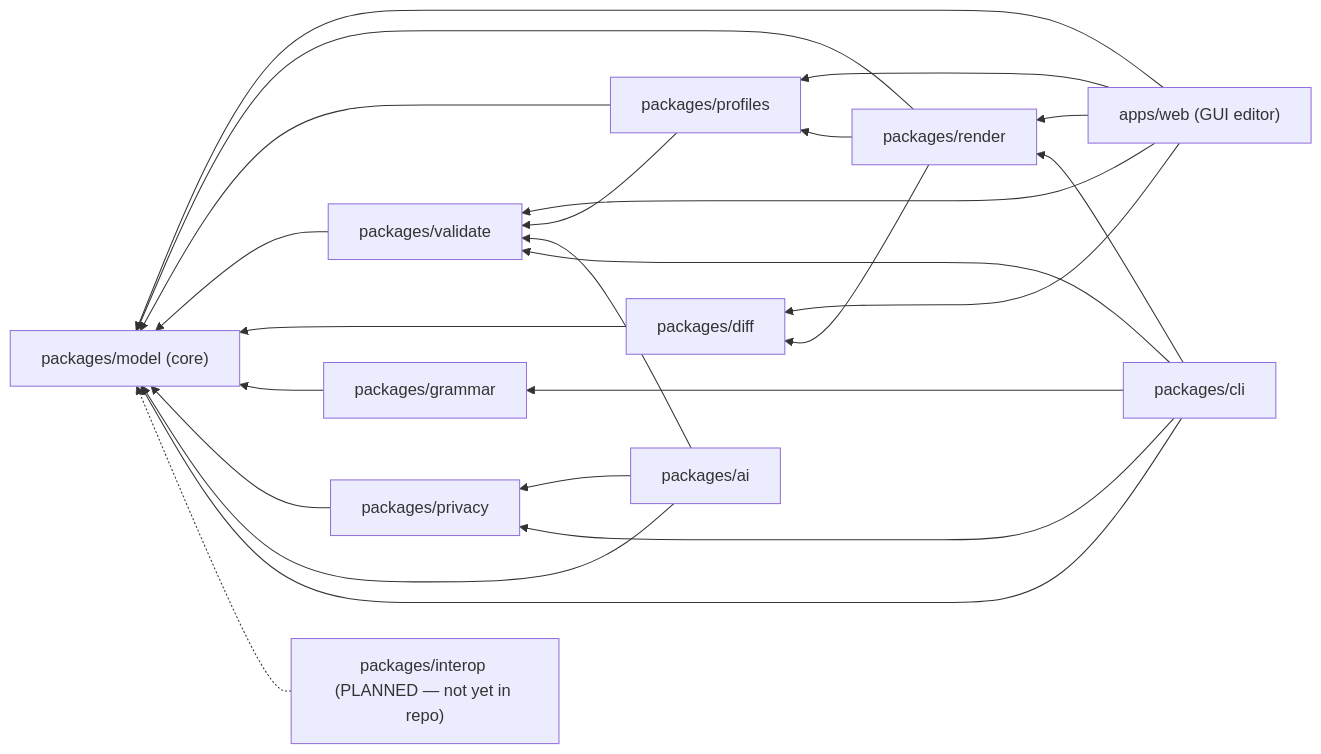
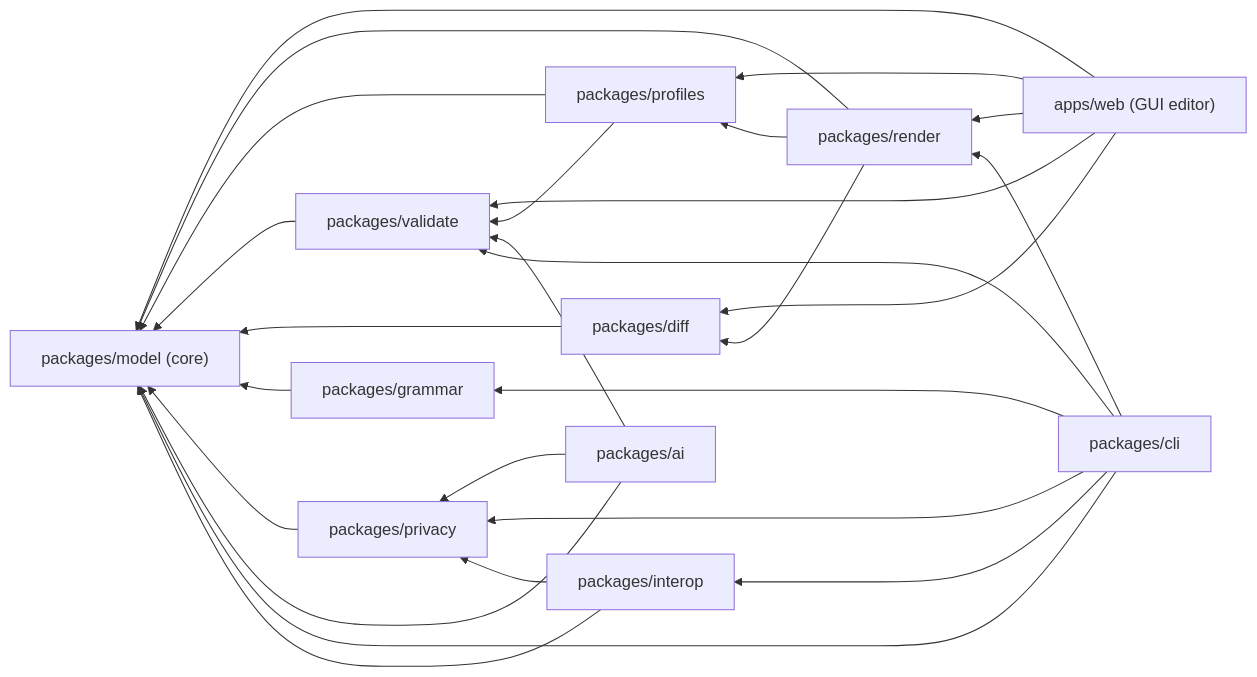
The diagram in sdd/README.md (Pipeliner/psyuml), drawn with Mermaid before and after one commit. The commit also changed other lines of this file and 13 other files, not shown here.

````diff
--- a/sdd/README.md
+++ b/sdd/README.md
@@ -55,27 +55,29 @@
 ```mermaid
 flowchart RL
     web["apps/web (GUI editor)"] --> render
     web --> validate
     web --> profiles
     web --> diff
     web --> model
     render["packages/render"] --> profiles
     render --> diff
     render --> model
     profiles["packages/profiles"] --> validate
     profiles --> model
     validate["packages/validate"] --> model
     diff["packages/diff"] --> model
     grammar["packages/grammar"] --> model
     privacy["packages/privacy"] --> model
     ai["packages/ai"] --> validate
     ai --> privacy
     ai --> model
     cli["packages/cli"] --> validate
     cli --> render
     cli --> grammar
     cli --> privacy
+    cli --> interop
     cli --> model
-    interop["packages/interop (PLANNED — not yet in repo)"] -.-> model
+    interop["packages/interop"] --> model
+    interop --> privacy
     model["packages/model (core)"]
 ```
````
